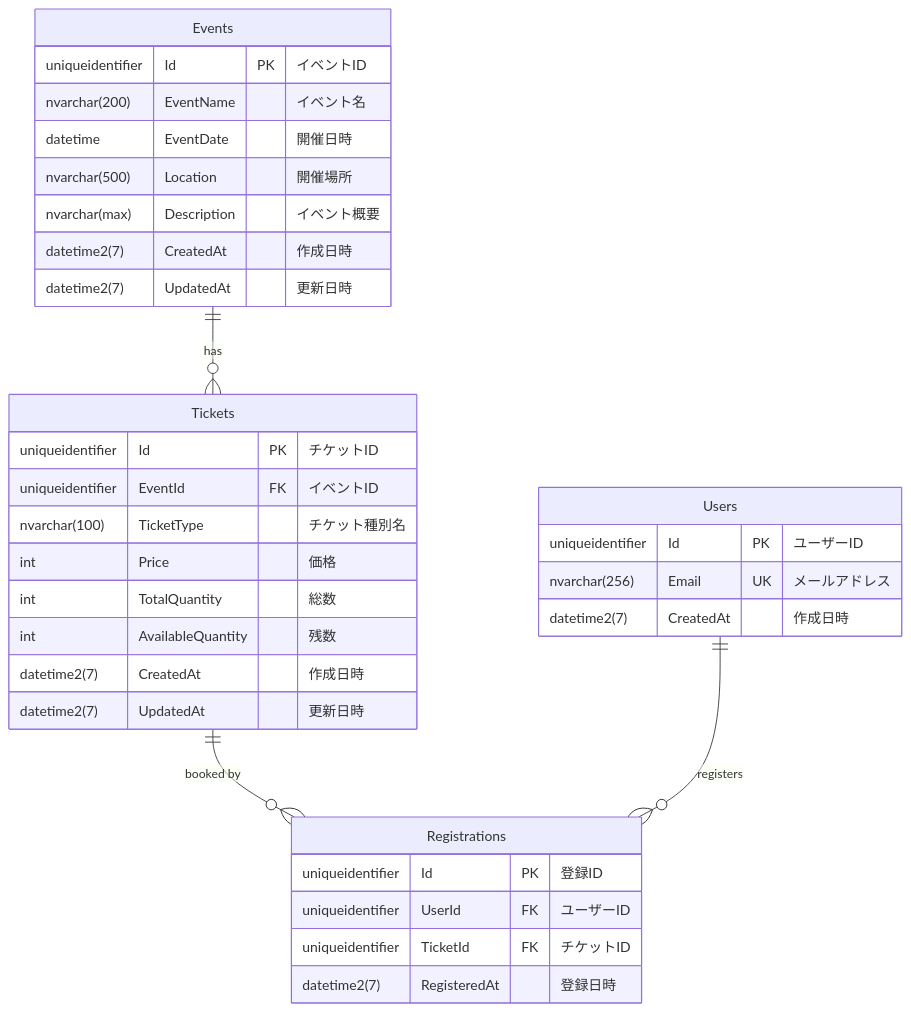
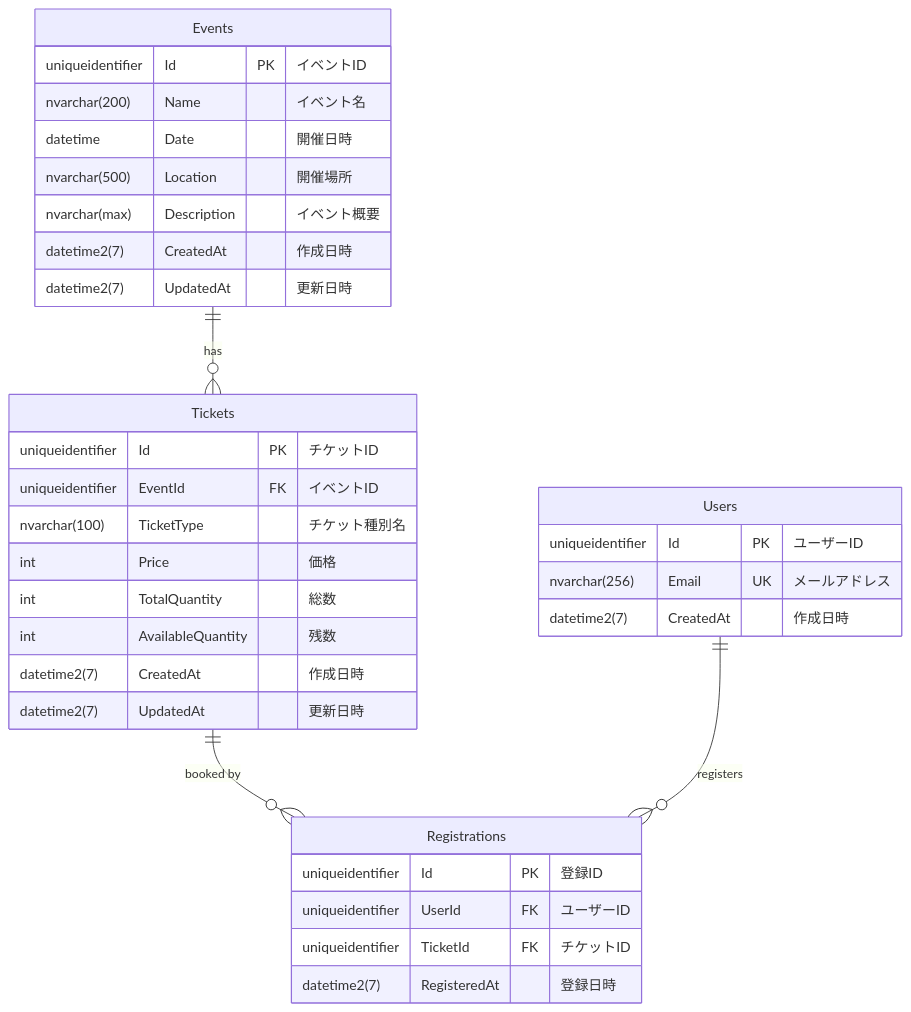
Before and after one commit to kazakht/event-registration-system: the diagram in docs/er-diagram.md, drawn with Mermaid. The commit also changed other lines of this file, not shown here.

Commit message:
Rename EventName and EventDate fields in ER diagram

````diff
--- a/docs/er-diagram.md
+++ b/docs/er-diagram.md
@@ -5,40 +5,40 @@
 ```mermaid
 erDiagram
     Events ||--o{ Tickets : "has"
     Tickets ||--o{ Registrations : "booked by"
     Users ||--o{ Registrations : "registers"
 
     Events {
         uniqueidentifier Id PK "イベントID"
-        nvarchar(200) EventName "イベント名"
-        datetime EventDate "開催日時"
+        nvarchar(200) Name "イベント名"
+        datetime Date "開催日時"
         nvarchar(500) Location "開催場所"
         nvarchar(max) Description "イベント概要"
         datetime2(7) CreatedAt "作成日時"
         datetime2(7) UpdatedAt "更新日時"
     }
 
     Tickets {
         uniqueidentifier Id PK "チケットID"
         uniqueidentifier EventId FK "イベントID"
         nvarchar(100) TicketType "チケット種別名"
         int Price "価格"
         int TotalQuantity "総数"
         int AvailableQuantity "残数"
         datetime2(7) CreatedAt "作成日時"
         datetime2(7) UpdatedAt "更新日時"
     }
 
     Users {
         uniqueidentifier Id PK "ユーザーID"
         nvarchar(256) Email UK "メールアドレス"
         datetime2(7) CreatedAt "作成日時"
     }
 
     Registrations {
         uniqueidentifier Id PK "登録ID"
         uniqueidentifier UserId FK "ユーザーID"
         uniqueidentifier TicketId FK "チケットID"
         datetime2(7) RegisteredAt "登録日時"
     }
 ```
````
